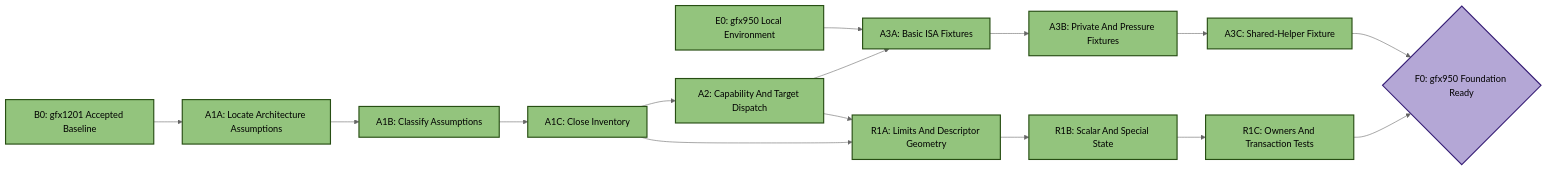
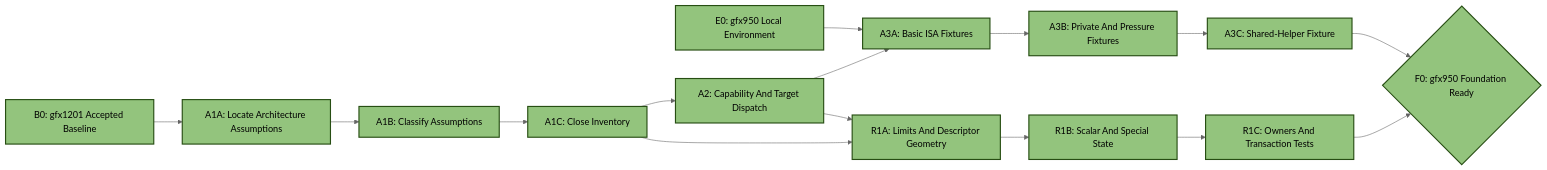
The second of 5 diagrams in emulation/rocjitsu/docs/consan/PLAN_GFX950.md (ROCm/rocm-systems), drawn with Mermaid (neutral theme) before and after one commit. The commit also changed other lines of this file, not shown here.

Commit message:
consan: close gfx950 port DAG

````diff
--- a/emulation/rocjitsu/docs/consan/PLAN_GFX950.md
+++ b/emulation/rocjitsu/docs/consan/PLAN_GFX950.md
@@ -714,33 +741,33 @@
 ```mermaid
 flowchart LR
   B0["B0: gfx1201 Accepted Baseline"]:::done
   E0["E0: gfx950 Local Environment"]:::done
   A1A["A1A: Locate Architecture Assumptions"]:::done
   A1B["A1B: Classify Assumptions"]:::done
   A1C["A1C: Close Inventory"]:::done
   A2["A2: Capability And Target Dispatch"]:::done
   A3A["A3A: Basic ISA Fixtures"]:::done
   A3B["A3B: Private And Pressure Fixtures"]:::done
   A3C["A3C: Shared-Helper Fixture"]:::done
   R1A["R1A: Limits And Descriptor Geometry"]:::done
   R1B["R1B: Scalar And Special State"]:::done
   R1C["R1C: Owners And Transaction Tests"]:::done
-  F0{"F0: gfx950 Foundation Ready"}:::target
+  F0{"F0: gfx950 Foundation Ready"}:::done
 
   B0 --> A1A
   E0 --> A3A
   A1A --> A1B --> A1C
   A1C --> A2
   A2 --> A3A
   A3A --> A3B --> A3C
   A1C --> R1A
   A2 --> R1A
   R1A --> R1B --> R1C
   A3C --> F0
   R1C --> F0
 
   classDef done fill:#93c47d,stroke:#274e13,stroke-width:2px,color:#000;
   classDef active fill:#f6b26b,stroke:#783f04,stroke-width:2px,color:#000;
   classDef todo fill:#b7b7b7,stroke:#434343,stroke-width:2px,color:#000;
   classDef target fill:#b4a7d6,stroke:#351c75,stroke-width:2px,color:#000;
 ```
````
